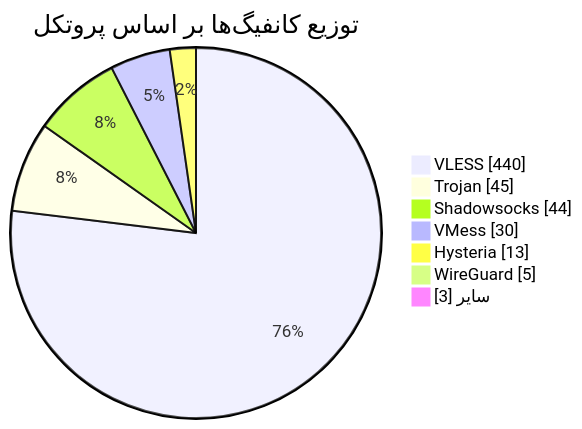
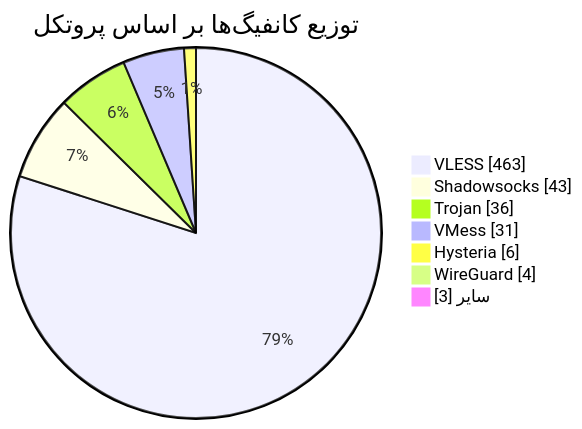
The diagram in README.md (Arian-Alijani/Somthing), drawn with Mermaid before and after one commit. The commit also changed other lines of this file and 21 other files, not shown here.

````diff
--- a/README.md
+++ b/README.md
@@ -49,11 +49,11 @@
 ```mermaid
 pie showData
     title توزیع کانفیگ‌ها بر اساس پروتکل
-    "VLESS" : 440
-    "Trojan" : 45
-    "Shadowsocks" : 44
-    "VMess" : 30
-    "Hysteria" : 13
-    "WireGuard" : 5
+    "VLESS" : 463
+    "Shadowsocks" : 43
+    "Trojan" : 36
+    "VMess" : 31
+    "Hysteria" : 6
+    "WireGuard" : 4
     "سایر" : 3
 ```
````
